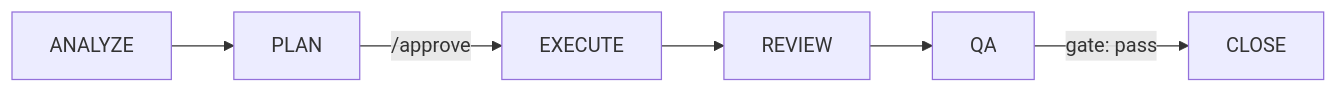
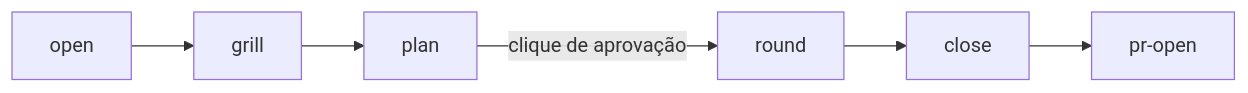
Before and after one commit to rubensrpj/mustard: the second of 2 diagrams in README.md, drawn with Mermaid. The commit also changed other lines of this file and 2 other files, not shown here.

````diff
--- a/README.md
+++ b/README.md
@@ -91,8 +91,8 @@
 ```mermaid
 flowchart LR
-    A["ANALYZE"] --> P["PLAN"]
-    P -->|/approve| E["EXECUTE"]
-    E --> R["REVIEW"]
-    R --> Q["QA"]
-    Q -->|gate: pass| C["CLOSE"]
+    A["open"] --> G["grill"]
+    G --> P["plan"]
+    P -->|clique de aprovação| R["round"]
+    R --> C["close"]
+    C --> PR["pr-open"]
 ```
````
